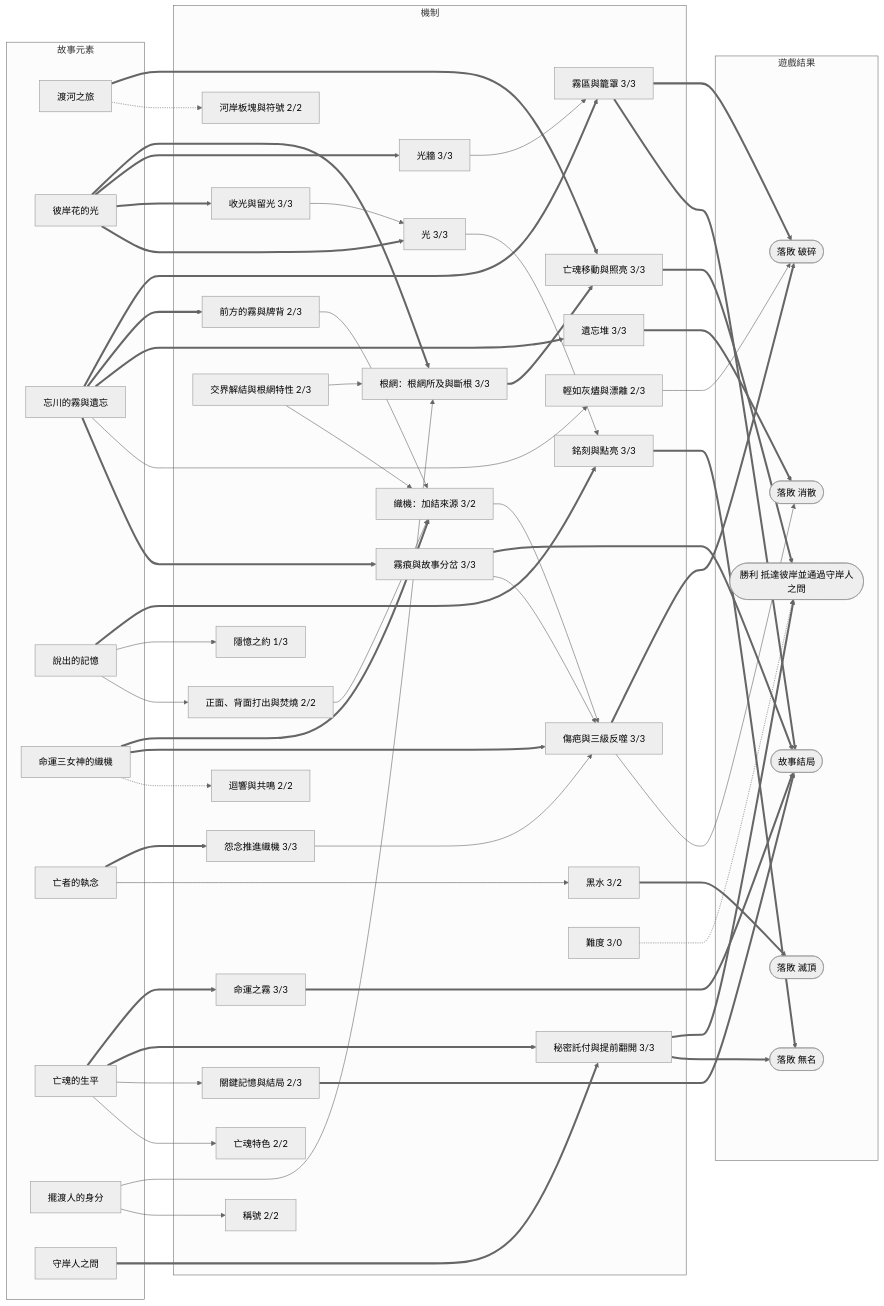
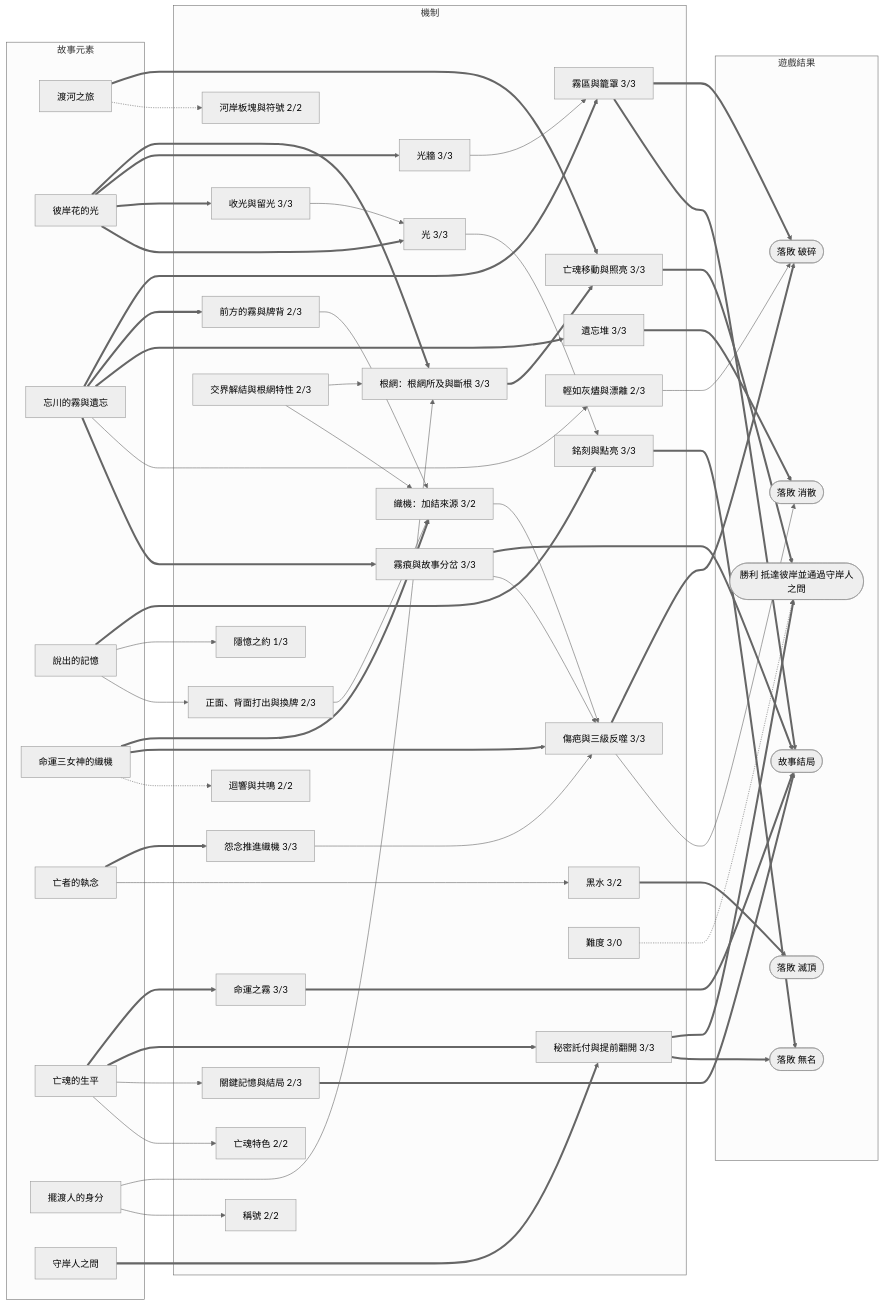
Before and after one commit to Ralph-Liu-Hub/Boardgame-Netherbloom: the second of 2 diagrams in docs/design/V5-proposal.zh-TW.md, drawn with Mermaid (neutral theme). The commit also changed other lines of this file, not shown here.

```diff
--- a/docs/design/V5-proposal.zh-TW.md
+++ b/docs/design/V5-proposal.zh-TW.md
@@ -387,7 +400,7 @@
     M12[遺忘堆 3/3]
     M13[輕如灰燼與漂離 2/3]
     M14[隱憶之約 1/3]
-    M15[正面、背面打出與焚燒 2/2]
+    M15[正面、背面打出與換牌 2/3]
     M16[迴響與共鳴 2/2]
     M17[光 3/3]
     M18[稱號 2/2]
```
